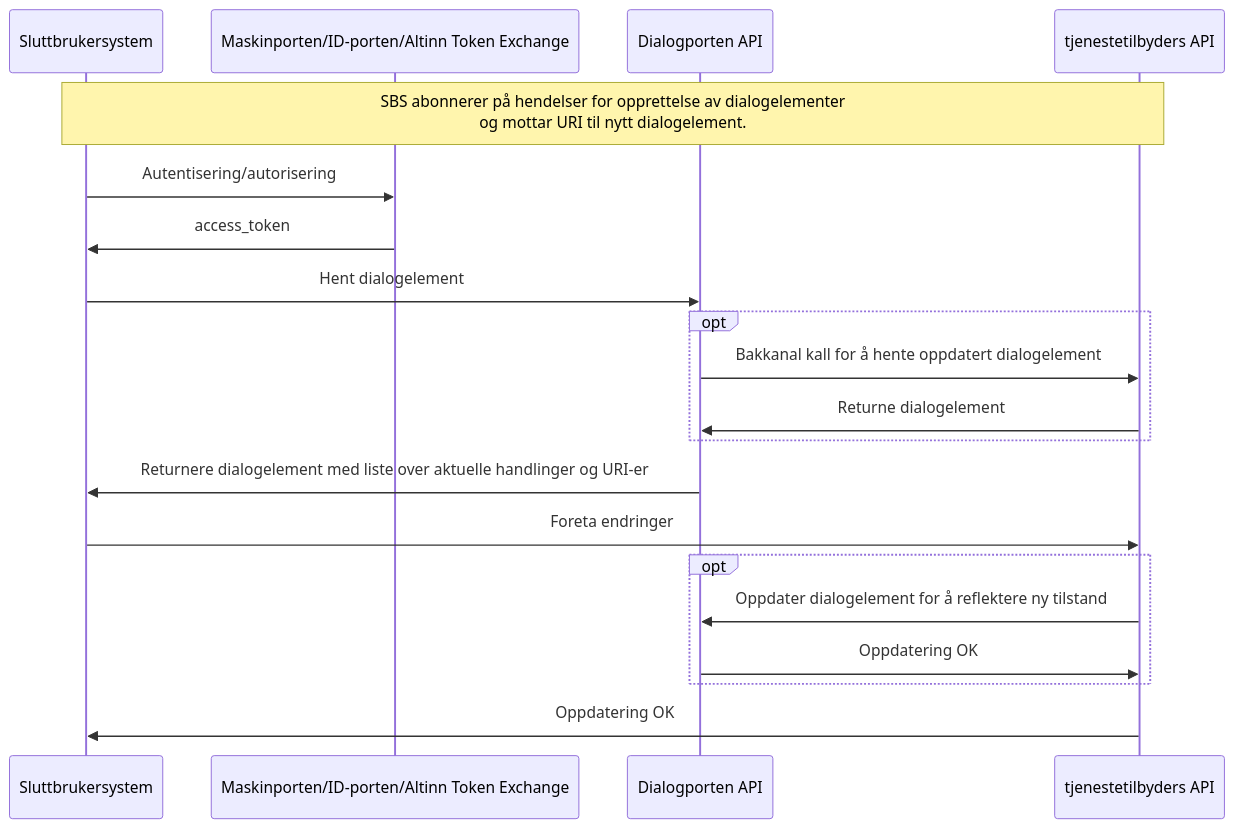
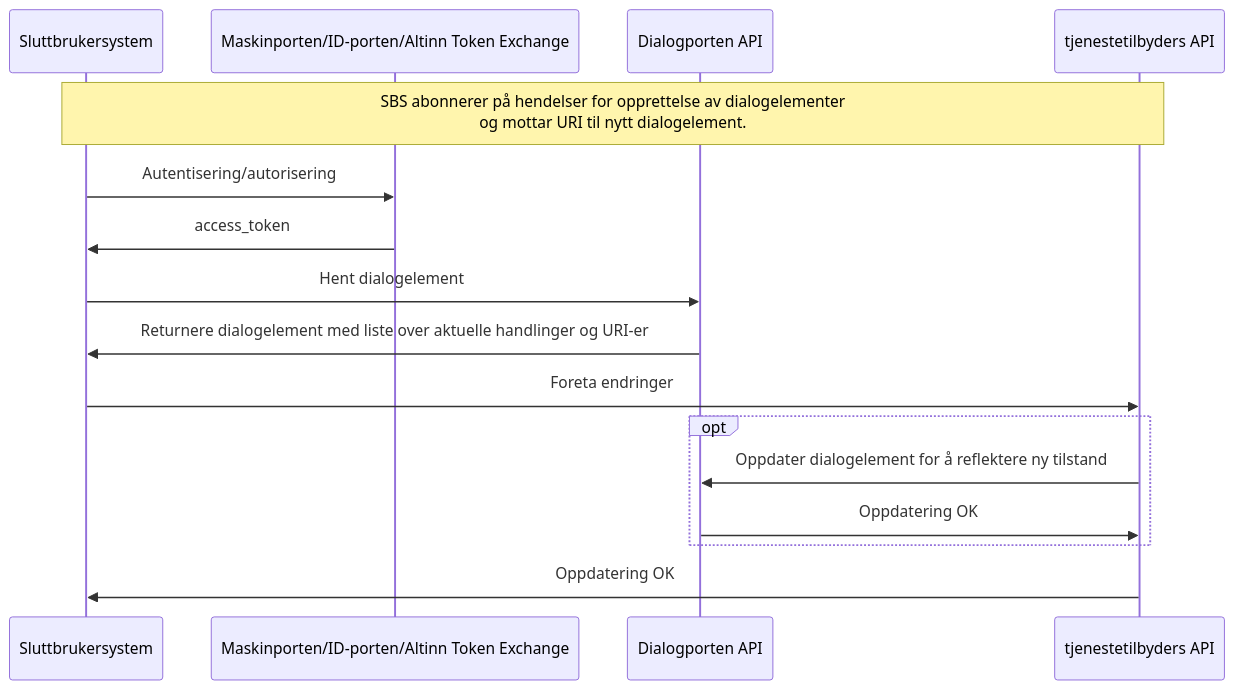
The third of 6 diagrams in dialogporten.md (elsand/elsand.github.io), drawn with Mermaid before and after one commit. The commit also changed other lines of this file, not shown here.

Commit message:
Fix oversight, remove lookup calls from diagrams

````diff
--- a/dialogporten.md
+++ b/dialogporten.md
@@ -373,22 +369,18 @@
 ```mermaid!
 sequenceDiagram
     participant SBS as Sluttbrukersystem
     participant EID as Maskinporten/ID-porten/Altinn Token Exchange
     participant API as Dialogporten API
     participant TEAPI as tjenestetilbyders API
 note over SBS,TEAPI: SBS abonnerer på hendelser for opprettelse av dialogelementer<br>og mottar URI til nytt dialogelement.
 SBS->>EID: Autentisering/autorisering
 EID->>SBS: access_token
 SBS->>API: Hent dialogelement
-opt
-    API->>TEAPI: Bakkanal kall for å hente oppdatert dialogelement
-    TEAPI->>API: Returne dialogelement
-end
 API->>SBS: Returnere dialogelement med liste over aktuelle handlinger og URI-er
 SBS->>TEAPI: Foreta endringer
 opt
     TEAPI->>API: Oppdater dialogelement for å reflektere ny tilstand
     API->>TEAPI: Oppdatering OK
 end
 TEAPI->>SBS: Oppdatering OK
 ```
````
